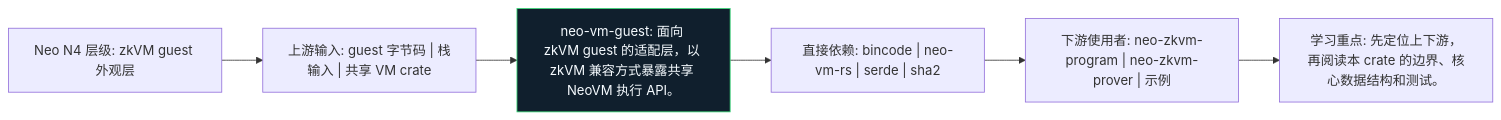
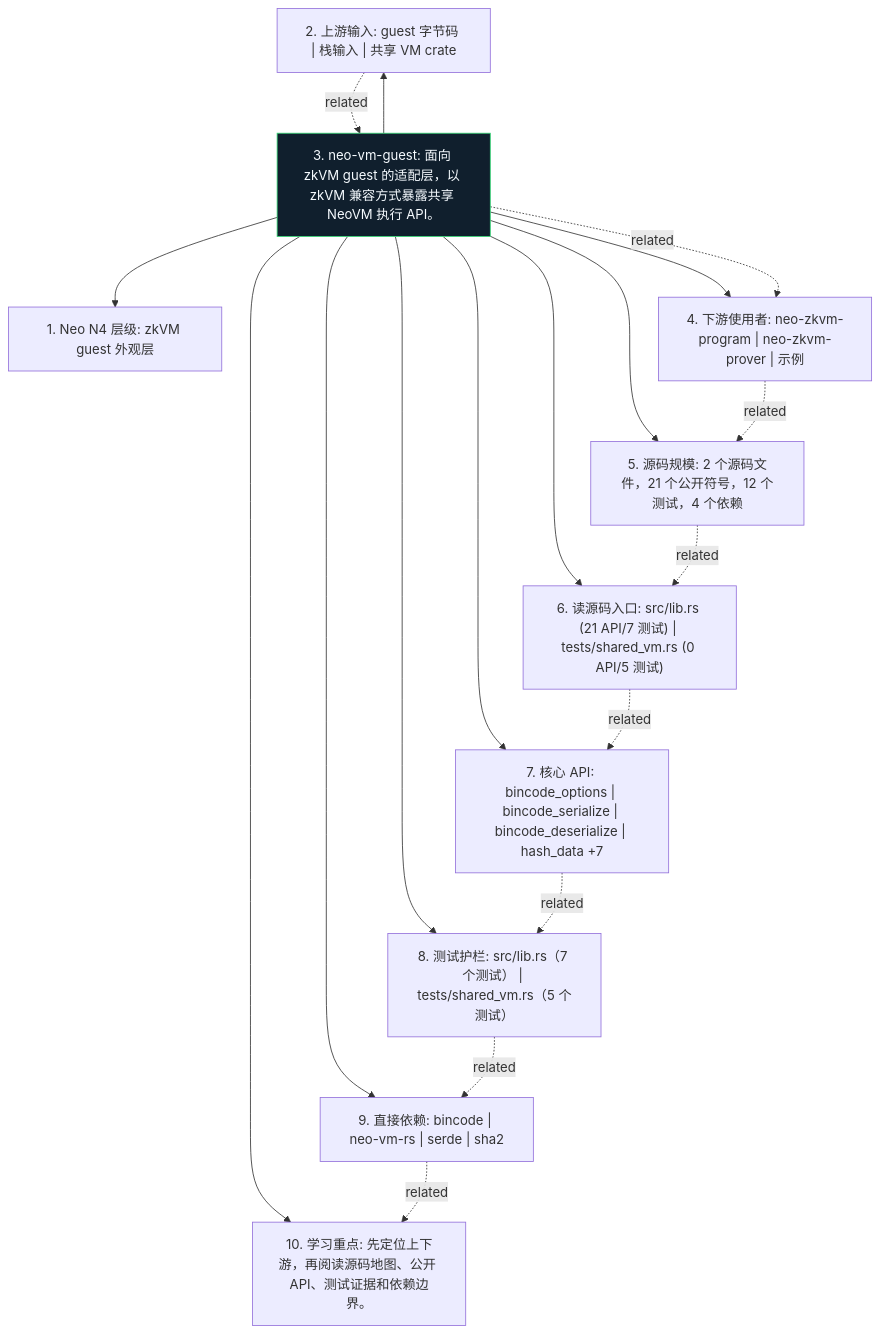
One commit to r3e-network/neo-zkvm changed the diagram in crates/neo-vm-guest/docs/figures/position.zh.mmd. Above: the diagram before and after it, drawn with Mermaid. The commit also changed 307 other files, not shown here.

Commit message:
Deepen crate diagrams with source-aware atlas

```diff
--- a/crates/neo-vm-guest/docs/figures/position.zh.mmd
+++ b/crates/neo-vm-guest/docs/figures/position.zh.mmd
@@ -1,14 +1,30 @@
-flowchart LR
-    N1["Neo N4 层级: zkVM guest 外观层"]
-    N2["上游输入: guest 字节码 | 栈输入 | 共享 VM crate"]
-    N3["neo-vm-guest: 面向 zkVM guest 的适配层，以 zkVM 兼容方式暴露共享 NeoVM 执行 API。"]
-    N4["直接依赖: bincode | neo-vm-rs | serde | sha2"]
-    N5["下游使用者: neo-zkvm-program | neo-zkvm-prover | 示例"]
-    N6["学习重点: 先定位上下游，再阅读本 crate 的边界、核心数据结构和测试。"]
-    N1 --> N2
-    N2 --> N3
+flowchart TB
+    N1["1. Neo N4 层级: zkVM guest 外观层"]
+    N2["2. 上游输入: guest 字节码 | 栈输入 | 共享 VM crate"]
+    N3["3. neo-vm-guest: 面向 zkVM guest 的适配层，以 zkVM 兼容方式暴露共享 NeoVM 执行 API。"]
+    N4["4. 下游使用者: neo-zkvm-program | neo-zkvm-prover | 示例"]
+    N5["5. 源码规模: 2 个源码文件，21 个公开符号，12 个测试，4 个依赖"]
+    N6["6. 读源码入口: src/lib.rs (21 API/7 测试) | tests/shared_vm.rs (0 API/5 测试)"]
+    N7["7. 核心 API: bincode_options | bincode_serialize | bincode_deserialize | hash_data +7"]
+    N8["8. 测试护栏: src/lib.rs（7 个测试） | tests/shared_vm.rs（5 个测试）"]
+    N9["9. 直接依赖: bincode | neo-vm-rs | serde | sha2"]
+    N10["10. 学习重点: 先定位上下游，再阅读源码地图、公开 API、测试证据和依赖边界。"]
+    N3 --> N1
+    N3 --> N2
     N3 --> N4
-    N4 --> N5
-    N5 --> N6
+    N3 --> N5
+    N3 --> N6
+    N3 --> N7
+    N3 --> N8
+    N3 --> N9
+    N3 --> N10
+    N2 -. related .-> N3
+    N3 -. related .-> N4
+    N4 -. related .-> N5
+    N5 -. related .-> N6
+    N6 -. related .-> N7
+    N7 -. related .-> N8
+    N8 -. related .-> N9
+    N9 -. related .-> N10
     classDef crate fill:#101f2d,stroke:#38d978,color:#f6fbff
     class N3 crate
```
